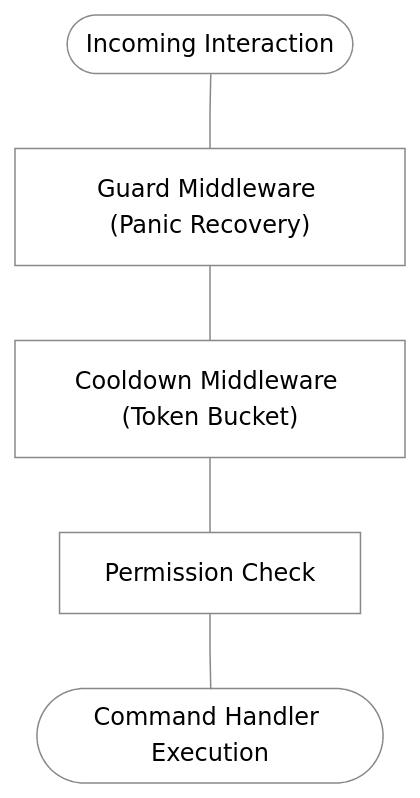
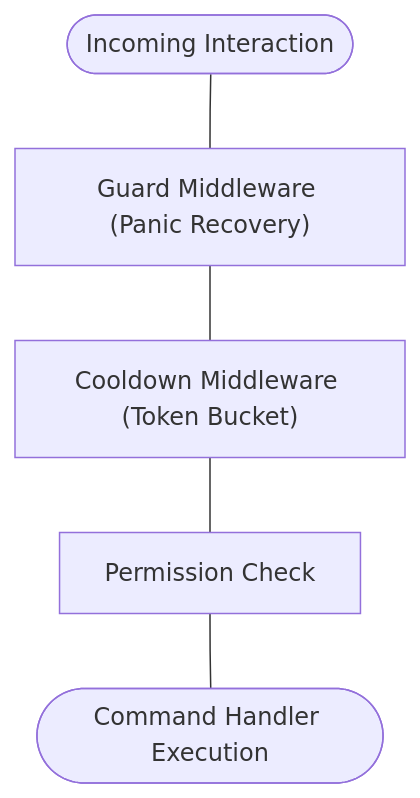
The diagram in .docs/middleware.md (sfossl/gdk), drawn with Mermaid before and after one commit. The commit also changed 4 other files, not shown here.

Commit message:
update diagrams

````diff
--- a/.docs/middleware.md
+++ b/.docs/middleware.md
@@ -9,10 +9,7 @@
 ```mermaid
-%%{init: {'flowchart': {'curve': 'linear'}, 'themeVariables': {'lineColor': '#888'}}}%%
 flowchart TD
-    classDef default fill:transparent,stroke:#888,stroke-width:1px,color:inherit
-
     Req(["Incoming Interaction"]) --- Guard["Guard Middleware (Panic Recovery)"]
     Guard --- Cooldown["Cooldown Middleware (Token Bucket)"]
     Cooldown --- Perms["Permission Check"]
     Perms --- Handler(["Command Handler Execution"])
 ```
````
